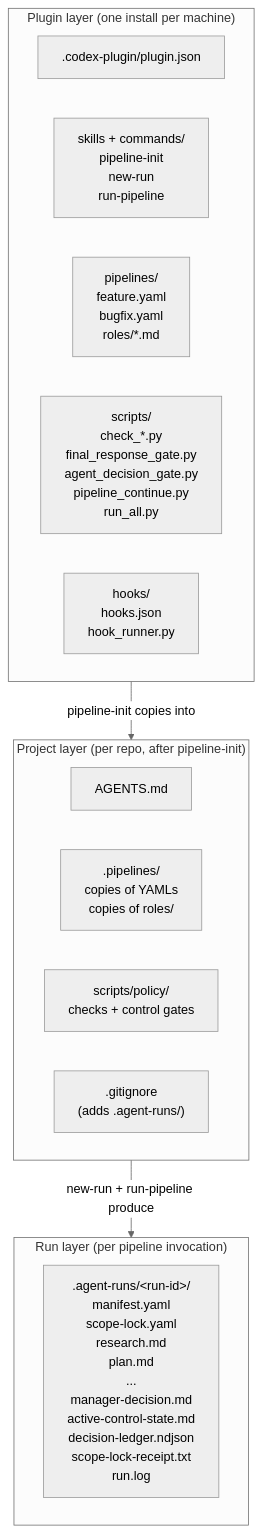
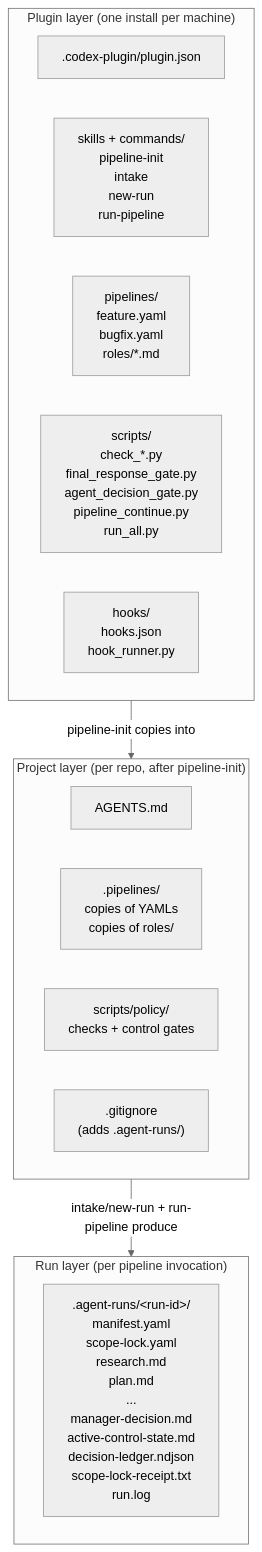
Before and after one commit to scottconverse/agent-pipeline-codex: the first of 13 diagrams in skills/agent-pipeline/references/ARCHITECTURE.md, drawn with Mermaid (neutral theme). The commit also changed other lines of this file and 44 other files, not shown here.

````diff
--- a/skills/agent-pipeline/references/ARCHITECTURE.md
+++ b/skills/agent-pipeline/references/ARCHITECTURE.md
@@ -34,27 +34,27 @@
 ```mermaid
 flowchart TB
     subgraph PluginLayer["Plugin layer (one install per machine)"]
         direction LR
         A1[".codex-plugin/plugin.json"]
-        A2["skills + commands/<br/>pipeline-init<br/>new-run<br/>run-pipeline"]
+        A2["skills + commands/<br/>pipeline-init<br/>intake<br/>new-run<br/>run-pipeline"]
         A3["pipelines/<br/>feature.yaml<br/>bugfix.yaml<br/>roles/*.md"]
         A4["scripts/<br/>check_*.py<br/>final_response_gate.py<br/>agent_decision_gate.py<br/>pipeline_continue.py<br/>run_all.py"]
         A5["hooks/<br/>hooks.json<br/>hook_runner.py"]
     end
 
     subgraph ProjectLayer["Project layer (per repo, after pipeline-init)"]
         direction LR
         B1["AGENTS.md"]
         B2[".pipelines/<br/>copies of YAMLs<br/>copies of roles/"]
         B3["scripts/policy/<br/>checks + control gates"]
         B4[".gitignore<br/>(adds .agent-runs/)"]
     end
 
     subgraph RunLayer["Run layer (per pipeline invocation)"]
         direction LR
         C1[".agent-runs/&lt;run-id&gt;/<br/>manifest.yaml<br/>scope-lock.yaml<br/>research.md<br/>plan.md<br/>...<br/>manager-decision.md<br/>active-control-state.md<br/>decision-ledger.ndjson<br/>scope-lock-receipt.txt<br/>run.log"]
     end
 
     PluginLayer -- "pipeline-init copies into" --> ProjectLayer
-ProjectLayer -- "new-run + run-pipeline produce" --> RunLayer
+ProjectLayer -- "intake/new-run + run-pipeline produce" --> RunLayer
 ```
````
